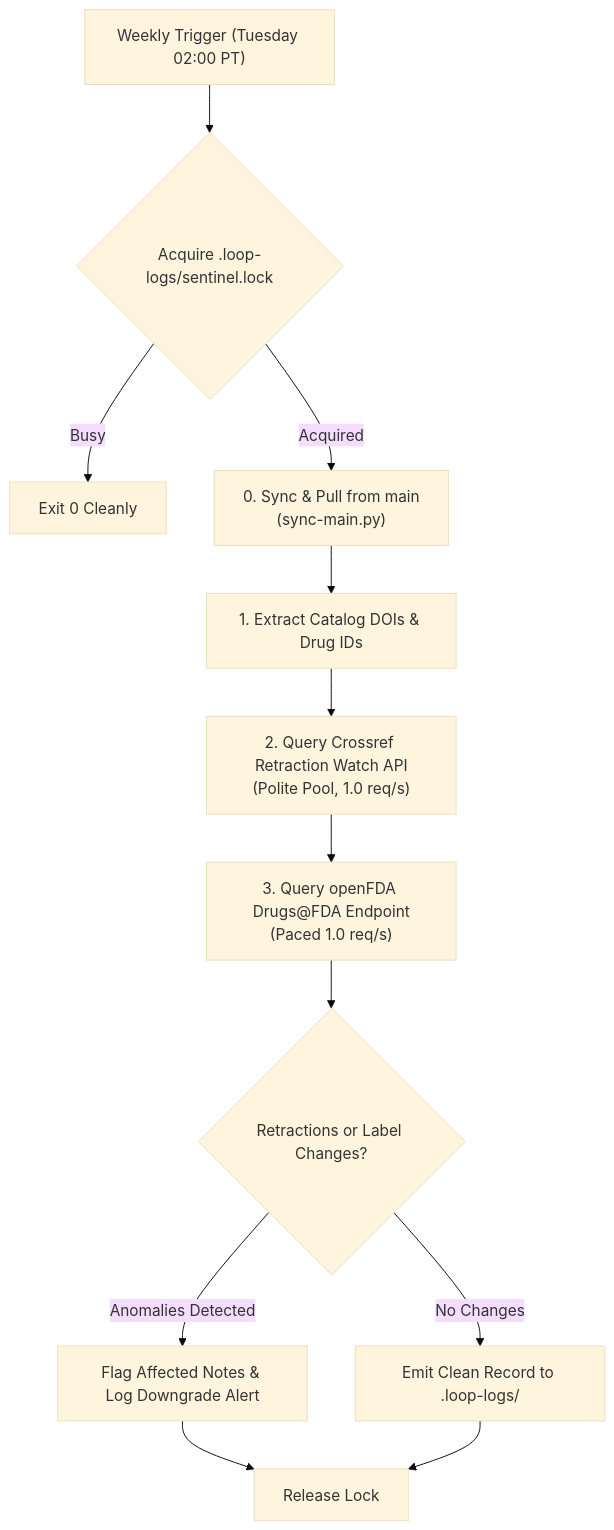
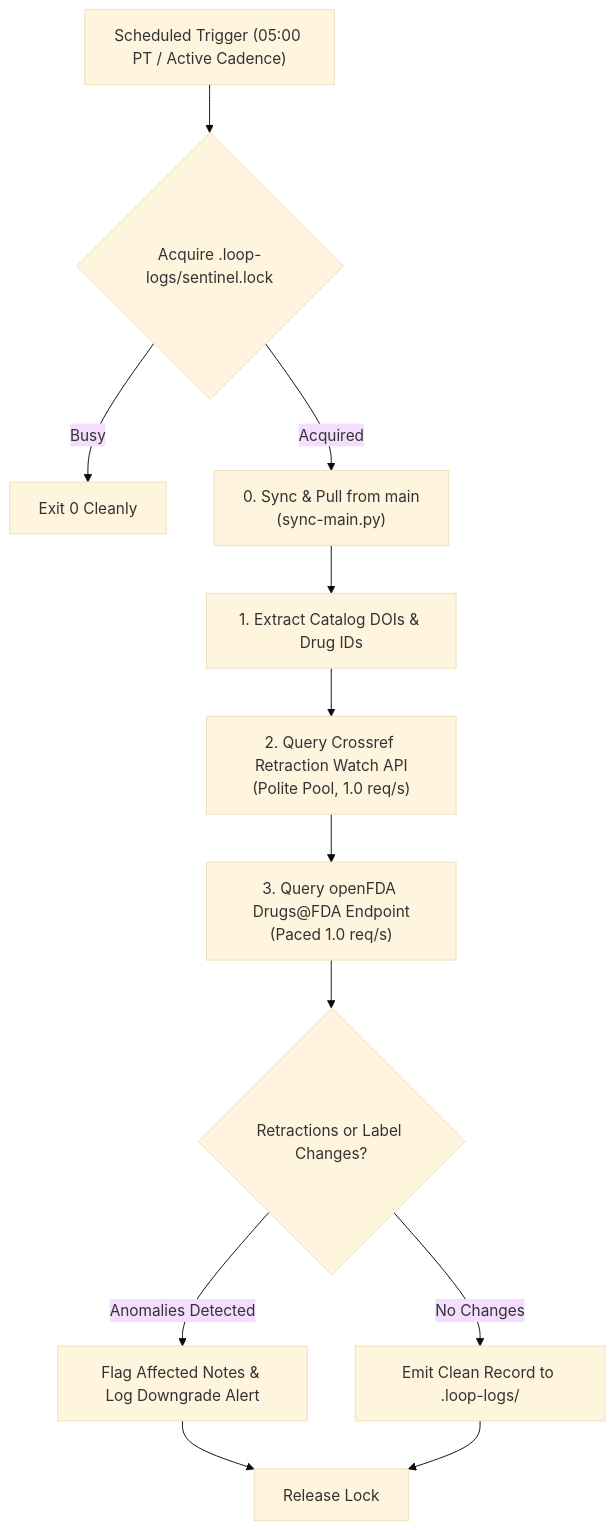
One commit to senseiewok/cf-lab changed the diagram in .claude/skills/scheduled-evidence-integrity/SKILL.md. Above: the diagram before and after it, drawn with Mermaid (base theme). The commit also changed other lines of this file and 7 other files, not shown here.

Commit message:
docs(skills): document accelerated active sprint cadences and non-colliding matrix across scheduled sentinels

````diff
--- a/.claude/skills/scheduled-evidence-integrity/SKILL.md
+++ b/.claude/skills/scheduled-evidence-integrity/SKILL.md
@@ -22,14 +23,14 @@
 ```mermaid
 flowchart TD
-    Trigger["Weekly Trigger (Tuesday 02:00 PT)"] --> Lock{"Acquire .loop-logs/sentinel.lock"}
+    Trigger["Scheduled Trigger (05:00 PT / Active Cadence)"] --> Lock{"Acquire .loop-logs/sentinel.lock"}
     Lock -->|Busy| Exit["Exit 0 Cleanly"]
     Lock -->|Acquired| Sync["0. Sync & Pull from main\n(sync-main.py)"]
     Sync --> S1["1. Extract Catalog DOIs & Drug IDs"]
     S1 --> S2["2. Query Crossref Retraction Watch API\n(Polite Pool, 1.0 req/s)"]
     S2 --> S3["3. Query openFDA Drugs@FDA Endpoint\n(Paced 1.0 req/s)"]
     S3 --> Triage{"Retractions or Label Changes?"}
     Triage -->|No Changes| Clean["Emit Clean Record to .loop-logs/"]
     Triage -->|Anomalies Detected| Alert["Flag Affected Notes & Log Downgrade Alert"]
     Alert --> Release["Release Lock"]
     Clean --> Release
 ```
````
